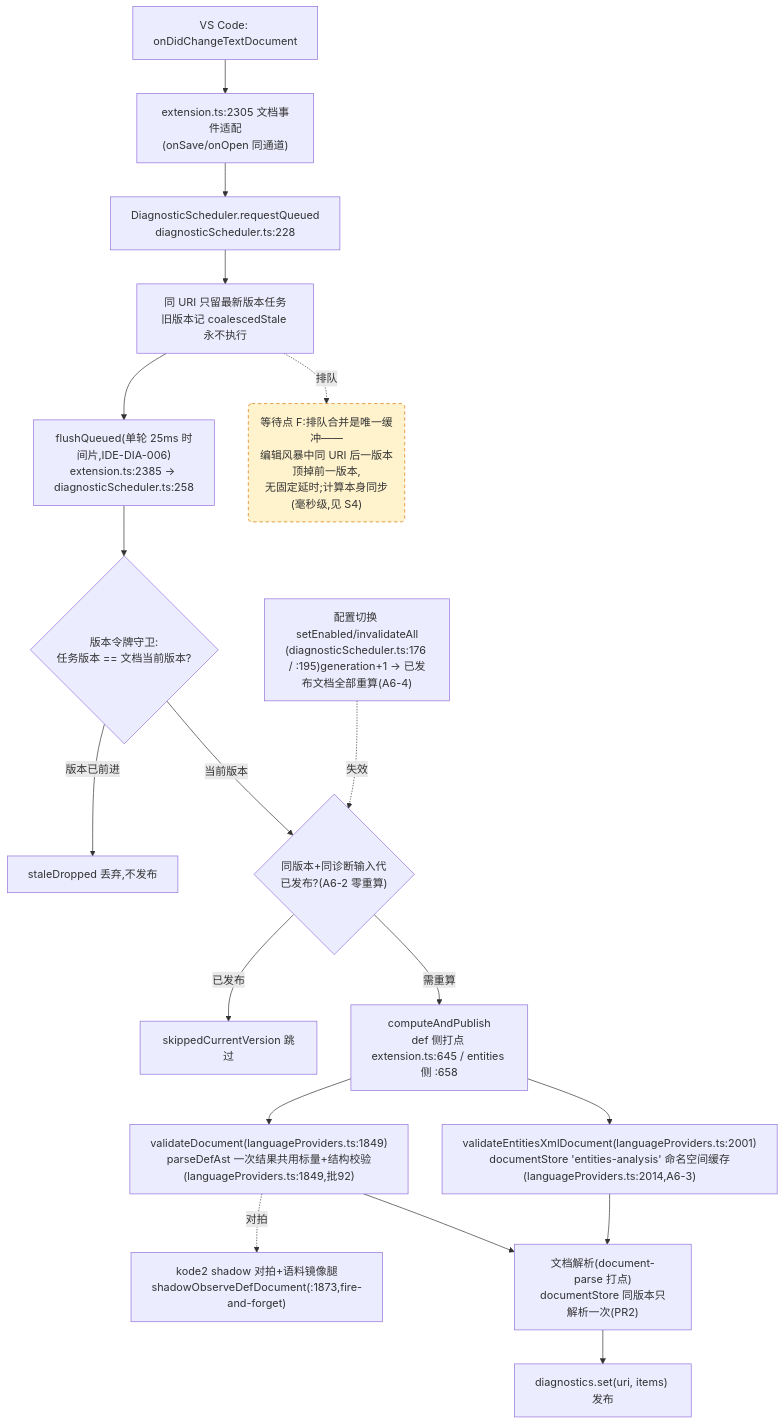
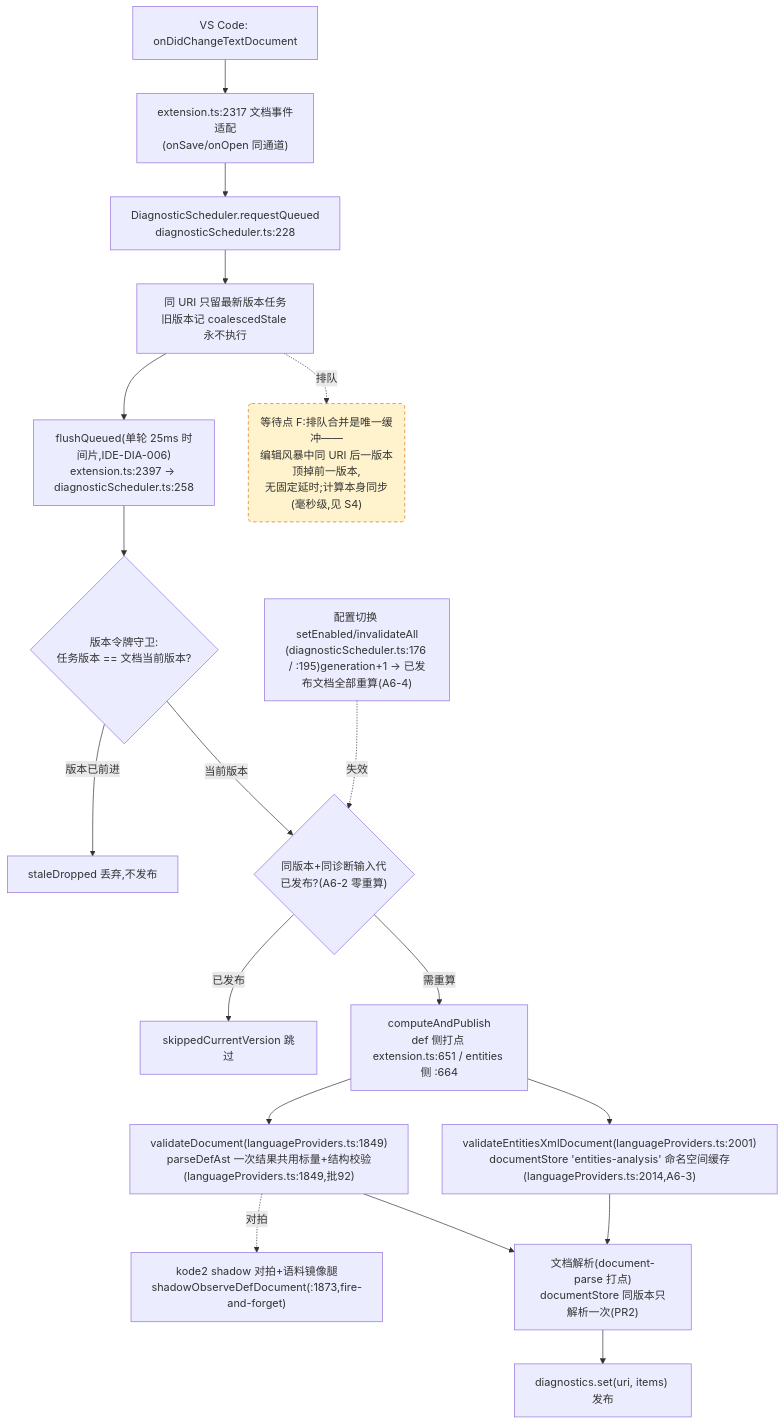
One commit to cuihairu/kode changed the fourth of 4 diagrams in docs/perf/2026-baseline.md. Above: the diagram before and after it, drawn with Mermaid. The commit also changed other lines of this file and 3 other files, not shown here.

````diff
--- a/docs/perf/2026-baseline.md
+++ b/docs/perf/2026-baseline.md
@@ -214,38 +214,38 @@
 ```mermaid
 flowchart TD
   CHG["VS Code: onDidChangeTextDocument"]
-  WATCH["extension.ts:2305 文档事件适配<br/>(onSave/onOpen 同通道)"]
+  WATCH["extension.ts:2317 文档事件适配<br/>(onSave/onOpen 同通道)"]
   RQ["DiagnosticScheduler.requestQueued<br/>diagnosticScheduler.ts:228"]
   CO["同 URI 只留最新版本任务<br/>旧版本记 coalescedStale 永不执行"]
-  FL["flushQueued(单轮 25ms 时间片,IDE-DIA-006)<br/>extension.ts:2385 → diagnosticScheduler.ts:258"]
+  FL["flushQueued(单轮 25ms 时间片,IDE-DIA-006)<br/>extension.ts:2397 → diagnosticScheduler.ts:258"]
   VG{"版本令牌守卫:<br/>任务版本 == 文档当前版本?"}
   DROP["staleDropped 丢弃,不发布"]
   GEN{"同版本+同诊断输入代<br/>已发布?(A6-2 零重算)"}
   SKIP["skippedCurrentVersion 跳过"]
-  CALC["computeAndPublish<br/>def 侧打点 extension.ts:645 / entities 侧 :658"]
+  CALC["computeAndPublish<br/>def 侧打点 extension.ts:651 / entities 侧 :664"]
   VD["validateDocument(languageProviders.ts:1849)<br/>parseDefAst 一次结果共用标量+结构校验(languageProviders.ts:1849,批92)"]
   VEX["validateEntitiesXmlDocument(languageProviders.ts:2001)<br/>documentStore 'entities-analysis' 命名空间缓存(languageProviders.ts:2014,A6-3)"]
   SHDD["kode2 shadow 对拍+语料镜像腿<br/>shadowObserveDefDocument(:1873,fire-and-forget)"]
   DS["文档解析(document-parse 打点)<br/>documentStore 同版本只解析一次(PR2)"]
   PUB["diagnostics.set(uri, items) 发布"]
   CFG2["配置切换 setEnabled/invalidateAll<br/>(diagnosticScheduler.ts:176 / :195)generation+1 → 已发布文档全部重算(A6-4)"]
 
   CHG --> WATCH --> RQ --> CO --> FL --> VG
   VG -- "版本已前进" --> DROP
   VG -- "当前版本" --> GEN
   GEN -- "已发布" --> SKIP
   GEN -- "需重算" --> CALC
   CALC --> VD
   CALC --> VEX
   VD --> DS
   VEX --> DS
   DS --> PUB
   VD -.->|对拍| SHDD
   CFG2 -.->|失效| GEN
 
   WAITF("等待点 F:排队合并是唯一缓冲——<br/>编辑风暴中同 URI 后一版本顶掉前一版本,<br/>无固定延时;计算本身同步(毫秒级,见 S4)")
   CO -.->|排队| WAITF
 
   classDef waitPoint fill:#fff3cd,stroke:#d97706,stroke-dasharray:5 4;
   class WAITF waitPoint;
 ```
````
